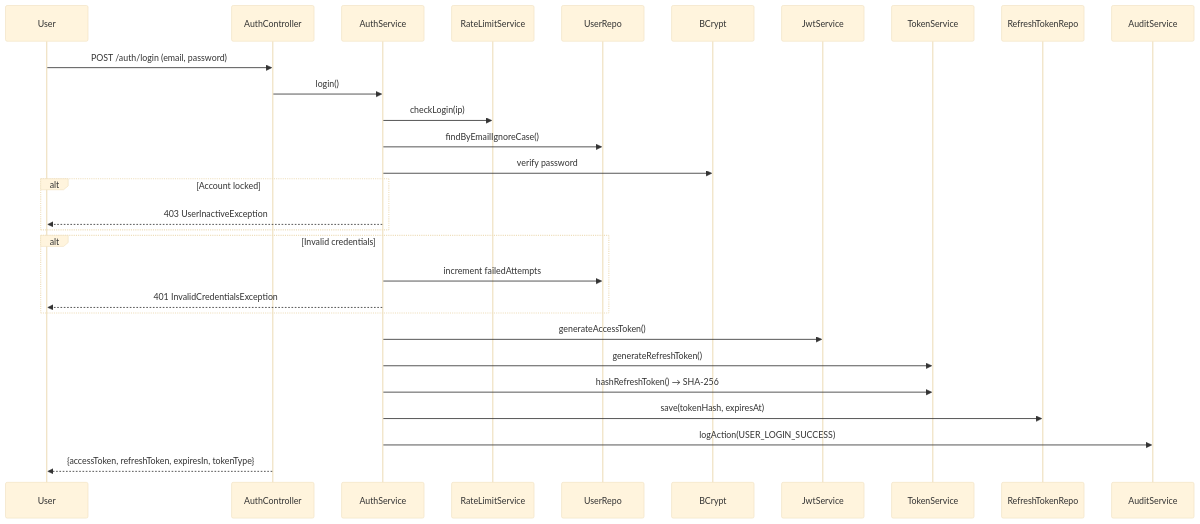
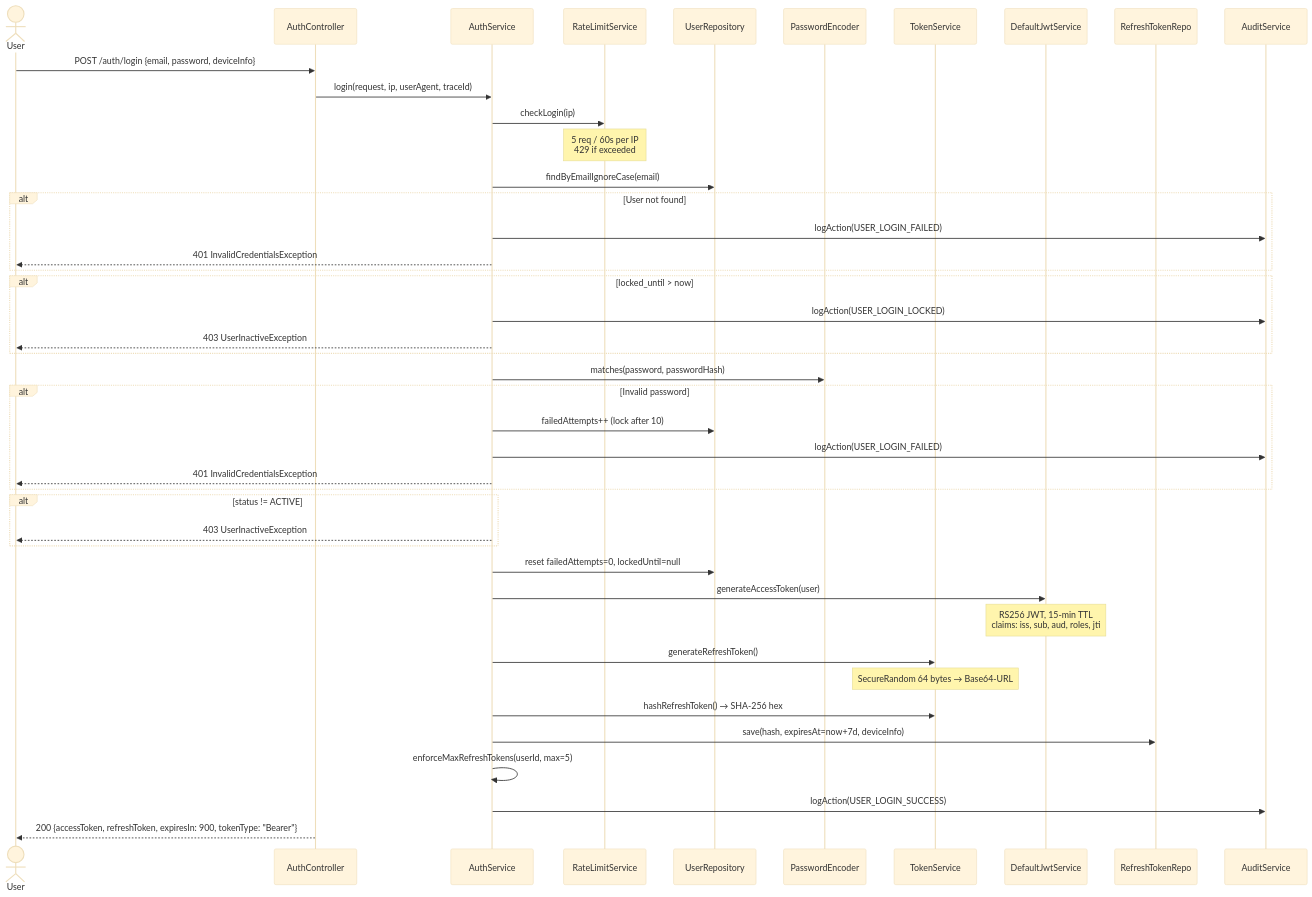
One commit to sunitakeazycommerz-a11y/InstaCommerce changed the third of 5 diagrams in services/identity-service/README.md. Above: the diagram before and after it, drawn with Mermaid (base theme). The commit also changed other lines of this file and 554 other files, not shown here.

````diff
--- a/services/identity-service/README.md
+++ b/services/identity-service/README.md
@@ -54,21 +247,51 @@
 ```mermaid
 sequenceDiagram
-    User->>AuthController: POST /auth/login (email, password)
-    AuthController->>AuthService: login()
-    AuthService->>RateLimitService: checkLogin(ip)
-    AuthService->>UserRepo: findByEmailIgnoreCase()
-    AuthService->>BCrypt: verify password
-    alt Account locked
-        AuthService-->>User: 403 UserInactiveException
+    actor User
+    participant AC as AuthController
+    participant AS as AuthService
+    participant RLS as RateLimitService
+    participant UR as UserRepository
+    participant BCrypt as PasswordEncoder
+    participant TS as TokenService
+    participant JWT as DefaultJwtService
+    participant RTR as RefreshTokenRepo
+    participant AUD as AuditService
+
+    User->>AC: POST /auth/login {email, password, deviceInfo}
+    AC->>AS: login(request, ip, userAgent, traceId)
+    AS->>RLS: checkLogin(ip)
+    Note over RLS: 5 req / 60s per IP<br/>429 if exceeded
+
+    AS->>UR: findByEmailIgnoreCase(email)
+    alt User not found
+        AS->>AUD: logAction(USER_LOGIN_FAILED)
+        AS-->>User: 401 InvalidCredentialsException
     end
-    alt Invalid credentials
-        AuthService->>UserRepo: increment failedAttempts
-        AuthService-->>User: 401 InvalidCredentialsException
+
+    alt locked_until > now
+        AS->>AUD: logAction(USER_LOGIN_LOCKED)
+        AS-->>User: 403 UserInactiveException
     end
-    AuthService->>JwtService: generateAccessToken()
-    AuthService->>TokenService: generateRefreshToken()
-    AuthService->>TokenService: hashRefreshToken() → SHA-256
-    AuthService->>RefreshTokenRepo: save(tokenHash, expiresAt)
-    AuthService->>AuditService: logAction(USER_LOGIN_SUCCESS)
-    AuthController-->>User: {accessToken, refreshToken, expiresIn, tokenType}
+
+    AS->>BCrypt: matches(password, passwordHash)
+    alt Invalid password
+        AS->>UR: failedAttempts++ (lock after 10)
+        AS->>AUD: logAction(USER_LOGIN_FAILED)
+        AS-->>User: 401 InvalidCredentialsException
+    end
+
+    alt status != ACTIVE
+        AS-->>User: 403 UserInactiveException
+    end
+
+    AS->>UR: reset failedAttempts=0, lockedUntil=null
+    AS->>JWT: generateAccessToken(user)
+    Note over JWT: RS256 JWT, 15-min TTL<br/>claims: iss, sub, aud, roles, jti
+    AS->>TS: generateRefreshToken()
+    Note over TS: SecureRandom 64 bytes → Base64-URL
+    AS->>TS: hashRefreshToken() → SHA-256 hex
+    AS->>RTR: save(hash, expiresAt=now+7d, deviceInfo)
+    AS->>AS: enforceMaxRefreshTokens(userId, max=5)
+    AS->>AUD: logAction(USER_LOGIN_SUCCESS)
+    AC-->>User: 200 {accessToken, refreshToken, expiresIn: 900, tokenType: "Bearer"}
 ```
````
